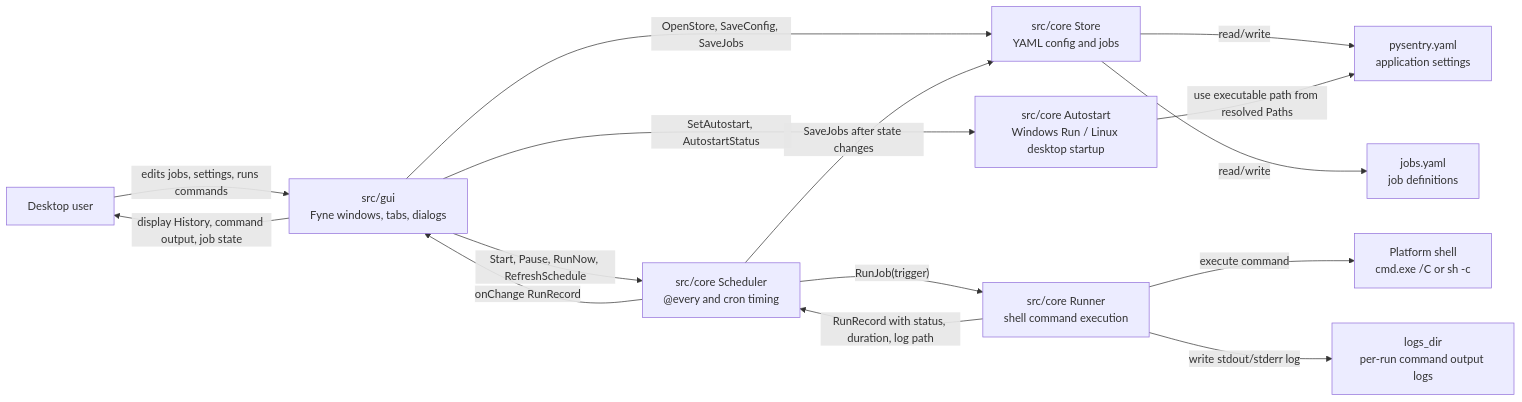
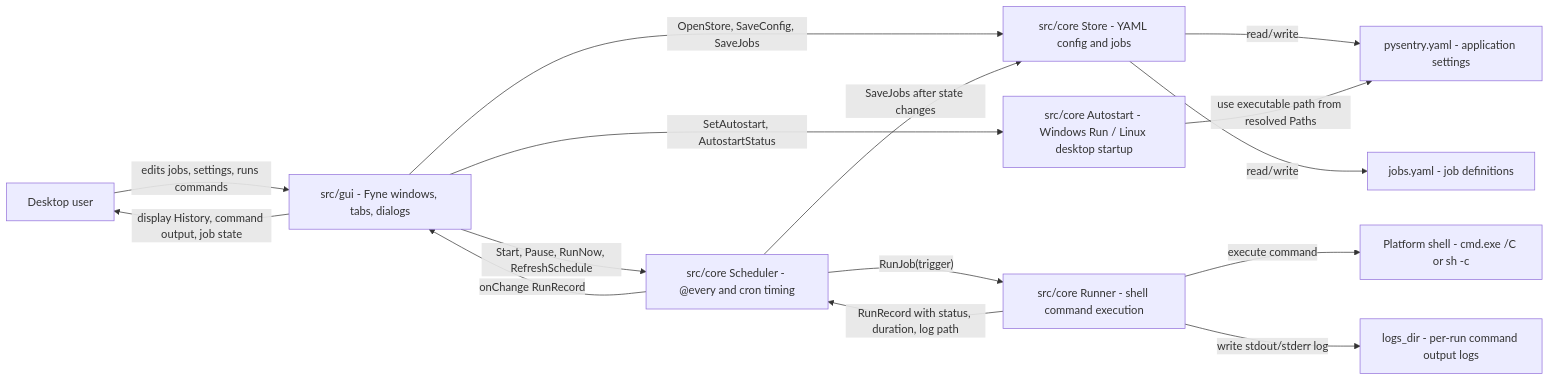
One commit to mixeme/gosentry changed the diagram in docs/ARCHITECTURE.md. Above: the diagram before and after it, drawn with Mermaid. The commit also changed 11 other files, not shown here.

````diff
--- a/docs/ARCHITECTURE.md
+++ b/docs/ARCHITECTURE.md
@@ -10,30 +10,30 @@
 ```mermaid
 flowchart LR
     user["Desktop user"]
-    gui["src/gui\nFyne windows, tabs, dialogs"]
-    store["src/core Store\nYAML config and jobs"]
-    scheduler["src/core Scheduler\n@every and cron timing"]
-    runner["src/core Runner\nshell command execution"]
-    autostart["src/core Autostart\nWindows Run / Linux desktop startup"]
-    config["pysentry.yaml\napplication settings"]
-    jobs["jobs.yaml\njob definitions"]
-    logs["logs_dir\nper-run command output logs"]
-    shell["Platform shell\ncmd.exe /C or sh -c"]
+    gui["src/gui - Fyne windows, tabs, dialogs"]
+    store["src/core Store - YAML config and jobs"]
+    scheduler["src/core Scheduler - @every and cron timing"]
+    runner["src/core Runner - shell command execution"]
+    autostart["src/core Autostart - Windows Run / Linux desktop startup"]
+    config["pysentry.yaml - application settings"]
+    jobs["jobs.yaml - job definitions"]
+    logs["logs_dir - per-run command output logs"]
+    shell["Platform shell - cmd.exe /C or sh -c"]
 
     user -->|"edits jobs, settings, runs commands"| gui
     gui -->|"OpenStore, SaveConfig, SaveJobs"| store
     store -->|"read/write"| config
     store -->|"read/write"| jobs
 
     gui -->|"Start, Pause, RunNow, RefreshSchedule"| scheduler
     scheduler -->|"SaveJobs after state changes"| store
     scheduler -->|"RunJob(trigger)"| runner
     runner -->|"execute command"| shell
     runner -->|"write stdout/stderr log"| logs
     runner -->|"RunRecord with status, duration, log path"| scheduler
     scheduler -->|"onChange RunRecord"| gui
     gui -->|"display History, command output, job state"| user
 
     gui -->|"SetAutostart, AutostartStatus"| autostart
     autostart -->|"use executable path from resolved Paths"| config
 ```
````
